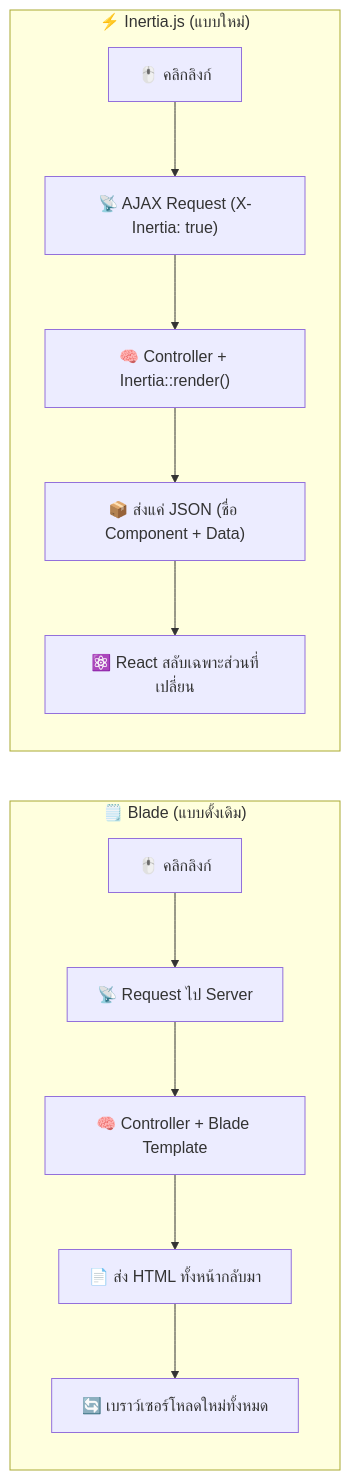
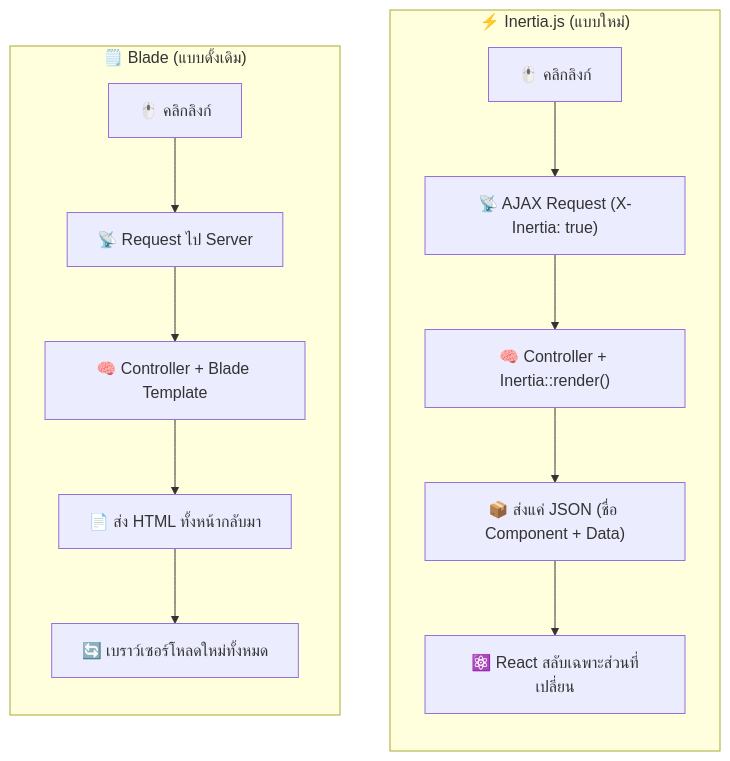
Before and after one commit to Krungsri/laravel-vibecode: the fifth of 9 diagrams in 01-lesson.md, drawn with Mermaid.

Commit message:
fix: force Blade vs Inertia.js diagram to display side-by-side
Add invisible link (~~~) between subgraphs to enforce LR layout
so Blade appears left and Inertia.js appears right instead of stacked

````diff
--- a/01-lesson.md
+++ b/01-lesson.md
@@ -598,18 +598,20 @@
 ```mermaid
 flowchart LR
     subgraph blade ["🗒️ Blade (แบบดั้งเดิม)"]
         direction TB
         B1["🖱️ คลิกลิงก์"] --> B2["📡 Request ไป Server"]
         B2 --> B3["🧠 Controller + Blade Template"]
         B3 --> B4["📄 ส่ง HTML ทั้งหน้ากลับมา"]
         B4 --> B5["🔄 เบราว์เซอร์โหลดใหม่ทั้งหมด"]
     end
 
+    blade ~~~ inertia
+
     subgraph inertia ["⚡ Inertia.js (แบบใหม่)"]
         direction TB
         I1["🖱️ คลิกลิงก์"] --> I2["📡 AJAX Request (X-Inertia: true)"]
         I2 --> I3["🧠 Controller + Inertia::render()"]
         I3 --> I4["📦 ส่งแค่ JSON (ชื่อ Component + Data)"]
         I4 --> I5["⚛️ React สลับเฉพาะส่วนที่เปลี่ยน"]
     end
 ```
````
